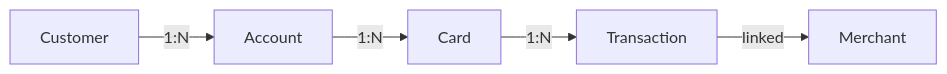
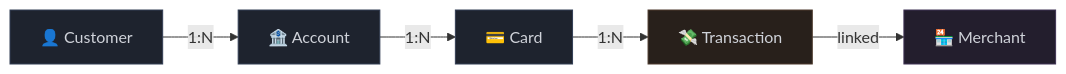
Before and after one commit to harshafaik/RiskFabric: the second of 2 diagrams in documentation/theory_of_operation.md, drawn with Mermaid. The commit also changed other lines of this file and 54 other files, not shown here.

````diff
--- a/documentation/theory_of_operation.md
+++ b/documentation/theory_of_operation.md
@@ -43,7 +115,18 @@
 ```mermaid
+%%{init: {
+  'themeVariables': {
+    'fontFamily': '"JetBrains Mono", monospace'
+  }
+}}%%
 graph LR
-    Cust[Customer] -->|1:N| Acc[Account]
-    Acc -->|1:N| Card[Card]
-    Card -->|1:N| Tx[Transaction]
-    Tx -->|linked| Merch[Merchant]
+    Cust["👤 Customer"] -->|1:N| Acc["🏦 Account"]
+    Acc -->|1:N| Card["💳 Card"]
+    Card -->|1:N| Tx["💸 Transaction"]
+    Tx -->|linked| Merch["🏪 Merchant"]
+
+    style Cust fill:#1e232e,stroke:#333e54,stroke-width:1px,color:#cfd2d9
+    style Acc fill:#1e232e,stroke:#333e54,stroke-width:1px,color:#cfd2d9
+    style Card fill:#1e232e,stroke:#333e54,stroke-width:1px,color:#cfd2d9
+    style Tx fill:#28201b,stroke:#4c392c,stroke-width:1px,color:#cfd2d9
+    style Merch fill:#231e2d,stroke:#3f3354,stroke-width:1px,color:#cfd2d9
 ```
````
